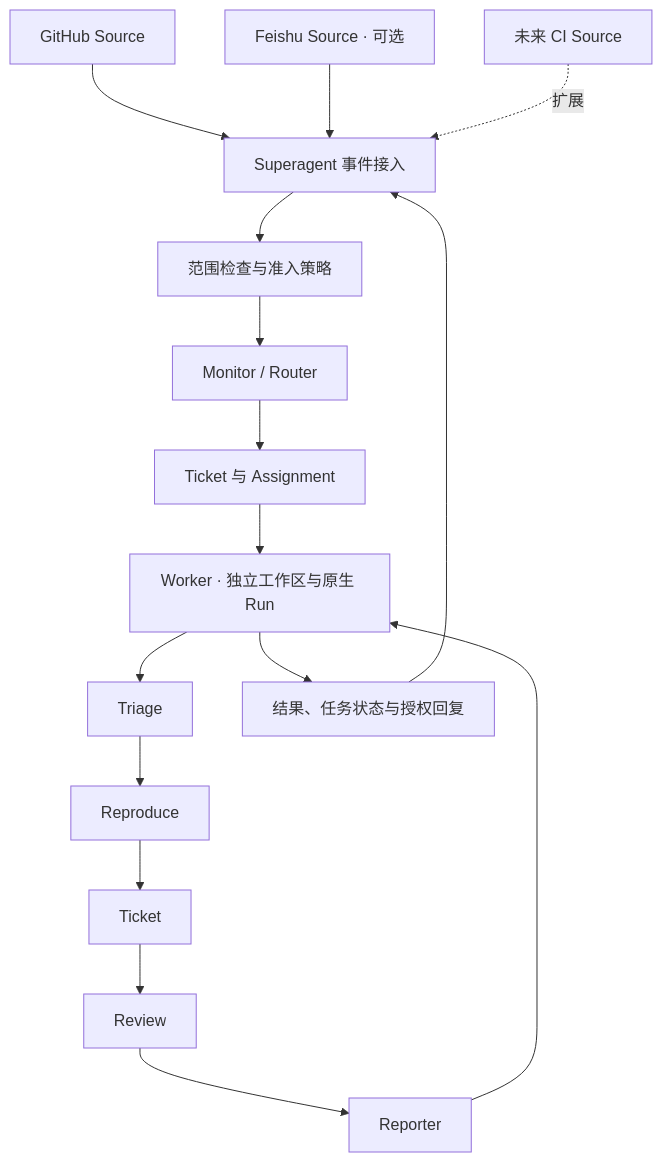
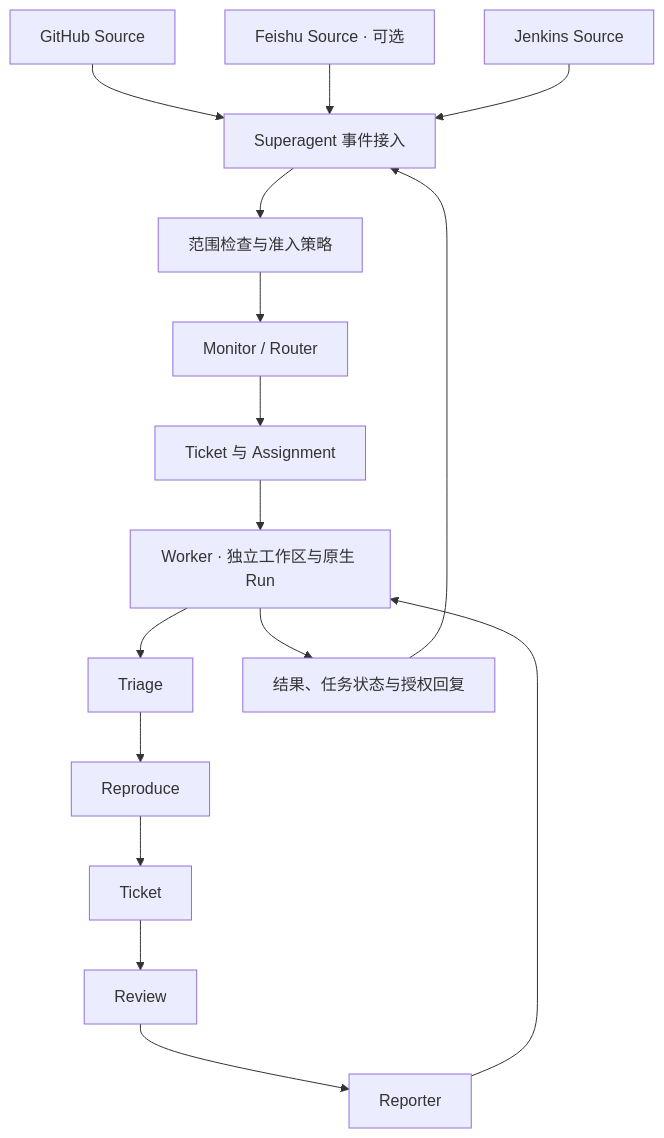
One commit to devsuperjin/LAI-Trial changed the diagram in docs/design.zh-CN.md. Above: the diagram before and after it, drawn with Mermaid. The commit also changed other lines of this file and 24 other files, not shown here.

First line of the commit message:
feat: poll Jenkins failures directly as a Source

````diff
--- a/docs/design.zh-CN.md
+++ b/docs/design.zh-CN.md
@@ -22,18 +22,18 @@
 ```mermaid
 flowchart TD
     GH[GitHub Source] --> S[Superagent 事件接入]
     FS[Feishu Source · 可选] --> S
-    CI[未来 CI Source] -. 扩展 .-> S
+    JK[Jenkins Source] --> S
     S --> P[范围检查与准入策略]
     P --> R[Monitor / Router]
     R --> T[Ticket 与 Assignment]
     T --> W[Worker · 独立工作区与原生 Run]
     W --> A[Triage]
     A --> B[Reproduce]
     B --> C[Ticket]
     C --> D[Review]
     D --> E[Reporter]
     E --> W
     W --> O[结果、任务状态与授权回复]
     O --> S
 ```
````
